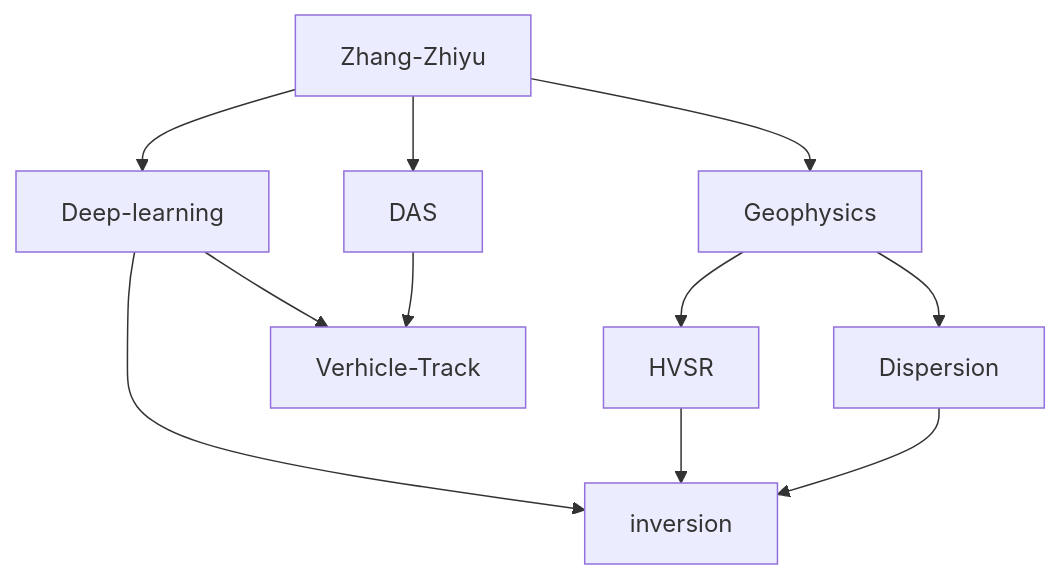
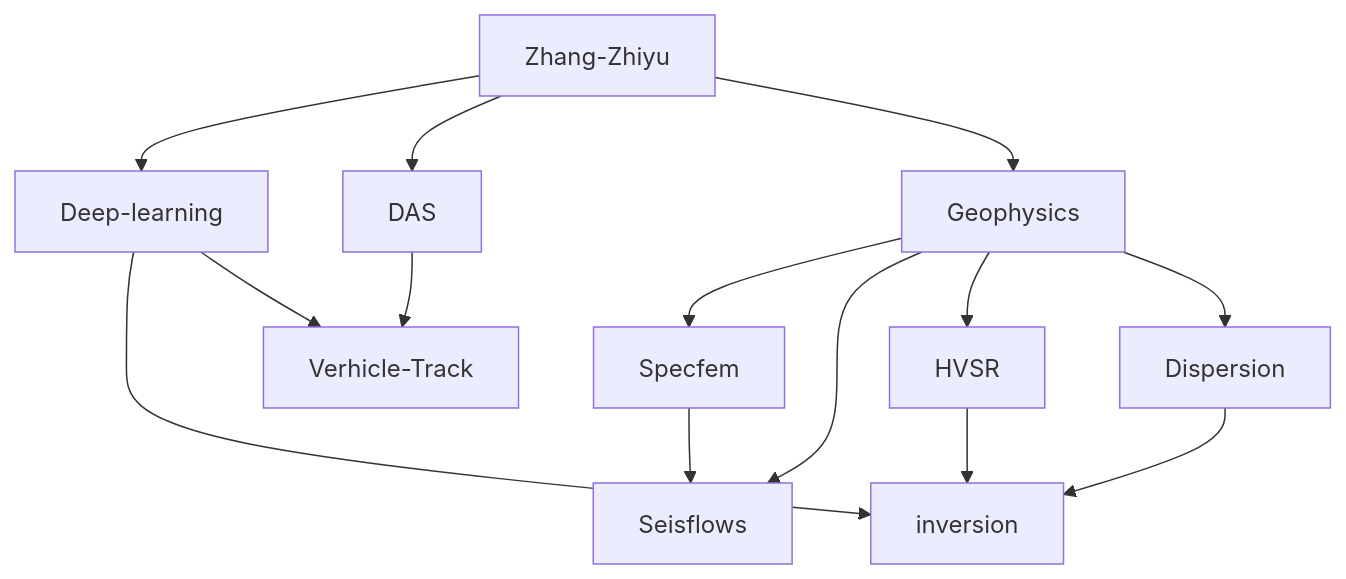
One commit to erbiaoger/erbiaoger changed the diagram in Readme.md. Above: the diagram before and after it, drawn with Mermaid.

Commit message:
🚶 add

````diff
--- a/Readme.md
+++ b/Readme.md
@@ -76,13 +76,16 @@
 ```mermaid
 graph TD;
     Zhang-Zhiyu-->Deep-learning;
     Zhang-Zhiyu-->DAS;
     Zhang-Zhiyu-->Geophysics;
+    Geophysics-->Specfem;
+    Geophysics-->Seisflows;
     Geophysics-->HVSR;
     Geophysics-->Dispersion;
-    HVSR-->inversion;
-    Dispersion-->inversion;
     Deep-learning-->inversion;
     Deep-learning-->Verhicle-Track;
     DAS-->Verhicle-Track;
+    HVSR-->inversion;
+    Dispersion-->inversion;
+    Specfem-->Seisflows;
    ```
````
